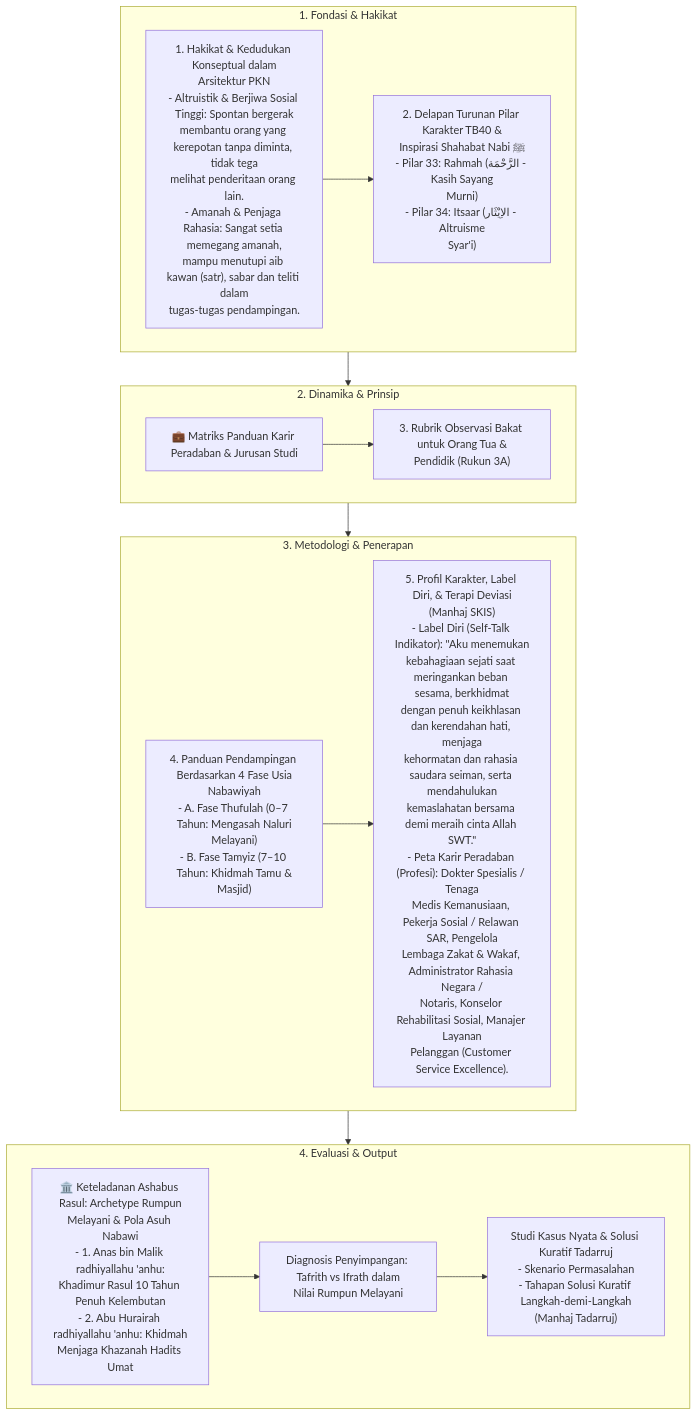
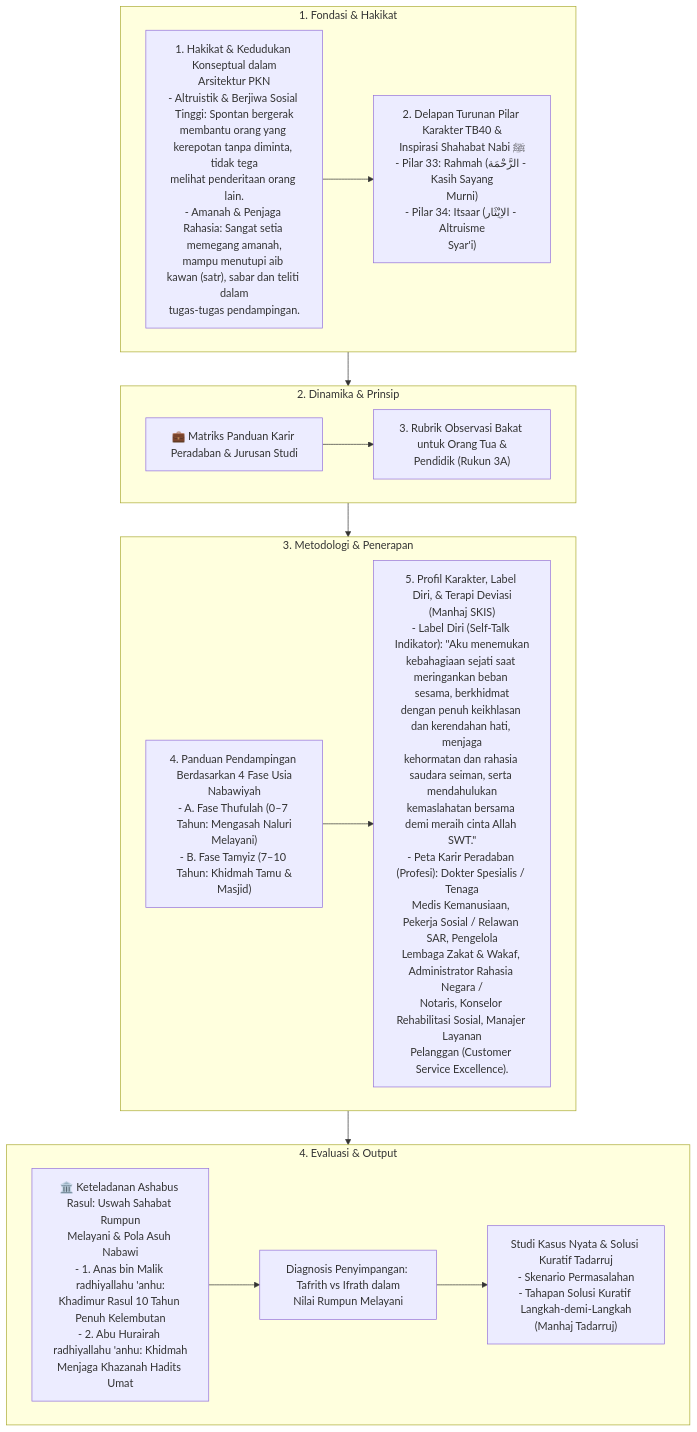
The diagram in content_flow/Dokumen Pendidikan Karakter Nabawiyah/Paradigma & Implementasi/Insan/Fitrah (Karakter)/Bakat/Melayani.md (decaller/wiki-pkn), drawn with Mermaid before and after one commit. The commit also changed 410 other files, not shown here.

Commit message:
feat: create master Glosarium and purify terminology across repo (etape -> fase, archetype -> uswah)

````diff
--- a/content_flow/Dokumen Pendidikan Karakter Nabawiyah/Paradigma & Implementasi/Insan/Fitrah (Karakter)/Bakat/Melayani.md
+++ b/content_flow/Dokumen Pendidikan Karakter Nabawiyah/Paradigma & Implementasi/Insan/Fitrah (Karakter)/Bakat/Melayani.md
@@ -10,32 +10,32 @@
 ```mermaid
 flowchart TD
     subgraph S1["1. Fondasi & Hakikat"]
         N1_1["1. Hakikat & Kedudukan Konseptual dalam<br/>Arsitektur PKN<br/>- Altruistik & Berjiwa Sosial Tinggi: Spontan bergerak<br/>membantu orang yang kerepotan tanpa diminta, tidak tega<br/>melihat penderitaan orang lain.<br/>- Amanah & Penjaga Rahasia: Sangat setia memegang amanah,<br/>mampu menutupi aib kawan (satr), sabar dan teliti dalam<br/>tugas-tugas pendampingan."]
         N1_2["2. Delapan Turunan Pilar Karakter TB40 &<br/>Inspirasi Shahabat Nabi ﷺ<br/>- Pilar 33: Rahmah (الرَّحْمَة - Kasih Sayang<br/>Murni)<br/>- Pilar 34: Itsaar (الاِيْثَار - Altruisme<br/>Syar'i)"]
         N1_1 --> N1_2
     end
 
     subgraph S2["2. Dinamika & Prinsip"]
         N2_1["💼 Matriks Panduan Karir Peradaban & Jurusan Studi"]
         N2_2["3. Rubrik Observasi Bakat untuk Orang Tua &<br/>Pendidik (Rukun 3A)"]
         N2_1 --> N2_2
     end
 
     subgraph S3["3. Metodologi & Penerapan"]
         N3_1["4. Panduan Pendampingan Berdasarkan 4 Fase Usia<br/>Nabawiyah<br/>- A. Fase Thufulah (0–7 Tahun: Mengasah Naluri<br/>Melayani)<br/>- B. Fase Tamyiz (7–10 Tahun: Khidmah Tamu &<br/>Masjid)"]
         N3_2["5. Profil Karakter, Label Diri, & Terapi Deviasi<br/>(Manhaj SKIS)<br/>- Label Diri (Self-Talk Indikator): &quot;Aku menemukan<br/>kebahagiaan sejati saat meringankan beban sesama, berkhidmat<br/>dengan penuh keikhlasan dan kerendahan hati, menjaga<br/>kehormatan dan rahasia saudara seiman, serta mendahulukan<br/>kemaslahatan bersama demi meraih cinta Allah SWT.&quot;<br/>- Peta Karir Peradaban (Profesi): Dokter Spesialis / Tenaga<br/>Medis Kemanusiaan, Pekerja Sosial / Relawan SAR, Pengelola<br/>Lembaga Zakat & Wakaf, Administrator Rahasia Negara /<br/>Notaris, Konselor Rehabilitasi Sosial, Manajer Layanan<br/>Pelanggan (Customer Service Excellence)."]
         N3_1 --> N3_2
     end
 
     subgraph S4["4. Evaluasi & Output"]
-        N4_1["🏛️ Keteladanan Ashabus Rasul: Archetype Rumpun<br/>Melayani & Pola Asuh Nabawi<br/>- 1. Anas bin Malik radhiyallahu 'anhu:<br/>Khadimur Rasul 10 Tahun Penuh Kelembutan<br/>- 2. Abu Hurairah radhiyallahu 'anhu: Khidmah<br/>Menjaga Khazanah Hadits Umat"]
+        N4_1["🏛️ Keteladanan Ashabus Rasul: Uswah Sahabat Rumpun<br/>Melayani & Pola Asuh Nabawi<br/>- 1. Anas bin Malik radhiyallahu 'anhu:<br/>Khadimur Rasul 10 Tahun Penuh Kelembutan<br/>- 2. Abu Hurairah radhiyallahu 'anhu: Khidmah<br/>Menjaga Khazanah Hadits Umat"]
         N4_2["Diagnosis Penyimpangan: Tafrith vs Ifrath dalam<br/>Nilai Rumpun Melayani"]
         N4_1 --> N4_2
         N4_3["Studi Kasus Nyata & Solusi Kuratif Tadarruj<br/>- Skenario Permasalahan<br/>- Tahapan Solusi Kuratif Langkah-demi-Langkah<br/>(Manhaj Tadarruj)"]
         N4_2 --> N4_3
     end
 
     S1 --> S2
     S2 --> S3
     S3 --> S4
 ```
````
